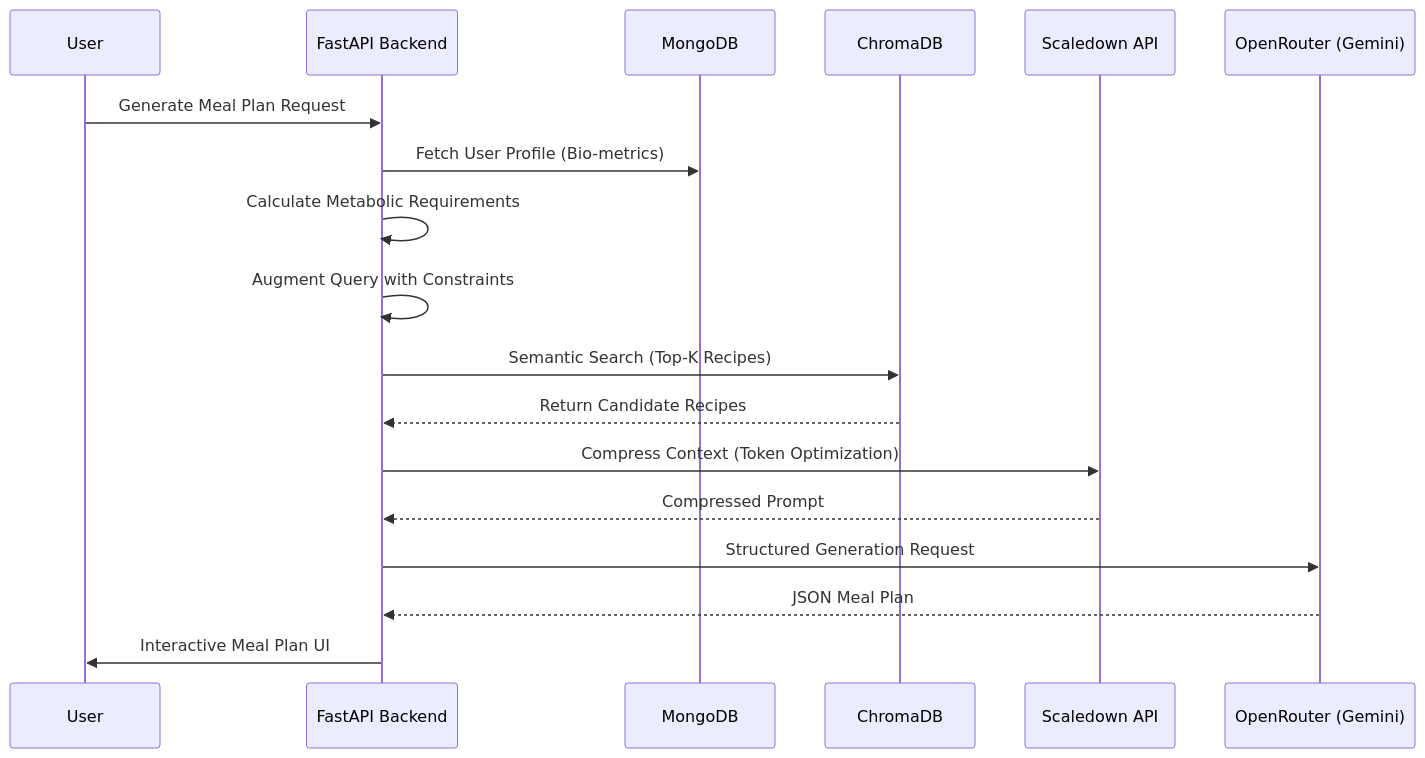
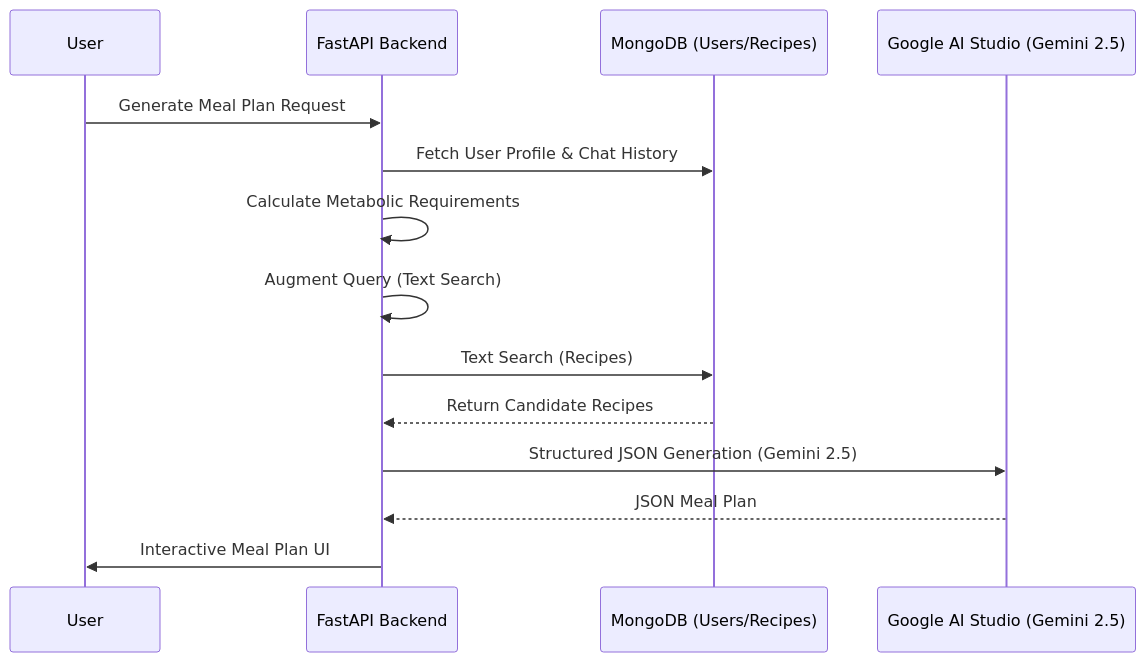
The diagram in docs/architecture.md (Hashim-Bhagad/FitFork), drawn with Mermaid before and after one commit. The commit also changed other lines of this file and 20 other files, not shown here.

Commit message:
docs: upgrade architecture and README to Gemini 2.5 and MongoDB RAG

````diff
--- a/docs/architecture.md
+++ b/docs/architecture.md
@@ -30,21 +30,17 @@
 ```mermaid
 sequenceDiagram
     participant User
     participant API as FastAPI Backend
-    participant DB as MongoDB
-    participant Vector as ChromaDB
-    participant SD as Scaledown API
-    participant LLM as OpenRouter (Gemini)
+    participant DB as MongoDB (Users/Recipes)
+    participant LLM as Google AI Studio (Gemini 2.5)
 
     User->>API: Generate Meal Plan Request
-    API->>DB: Fetch User Profile (Bio-metrics)
+    API->>DB: Fetch User Profile & Chat History
     API->>API: Calculate Metabolic Requirements
-    API->>API: Augment Query with Constraints
-    API->>Vector: Semantic Search (Top-K Recipes)
-    Vector-->>API: Return Candidate Recipes
-    API->>SD: Compress Context (Token Optimization)
-    SD-->>API: Compressed Prompt
-    API->>LLM: Structured Generation Request
+    API->>API: Augment Query (Text Search)
+    API->>DB: Text Search (Recipes)
+    DB-->>API: Return Candidate Recipes
+    API->>LLM: Structured JSON Generation (Gemini 2.5)
     LLM-->>API: JSON Meal Plan
     API->>User: Interactive Meal Plan UI
 ```
````
